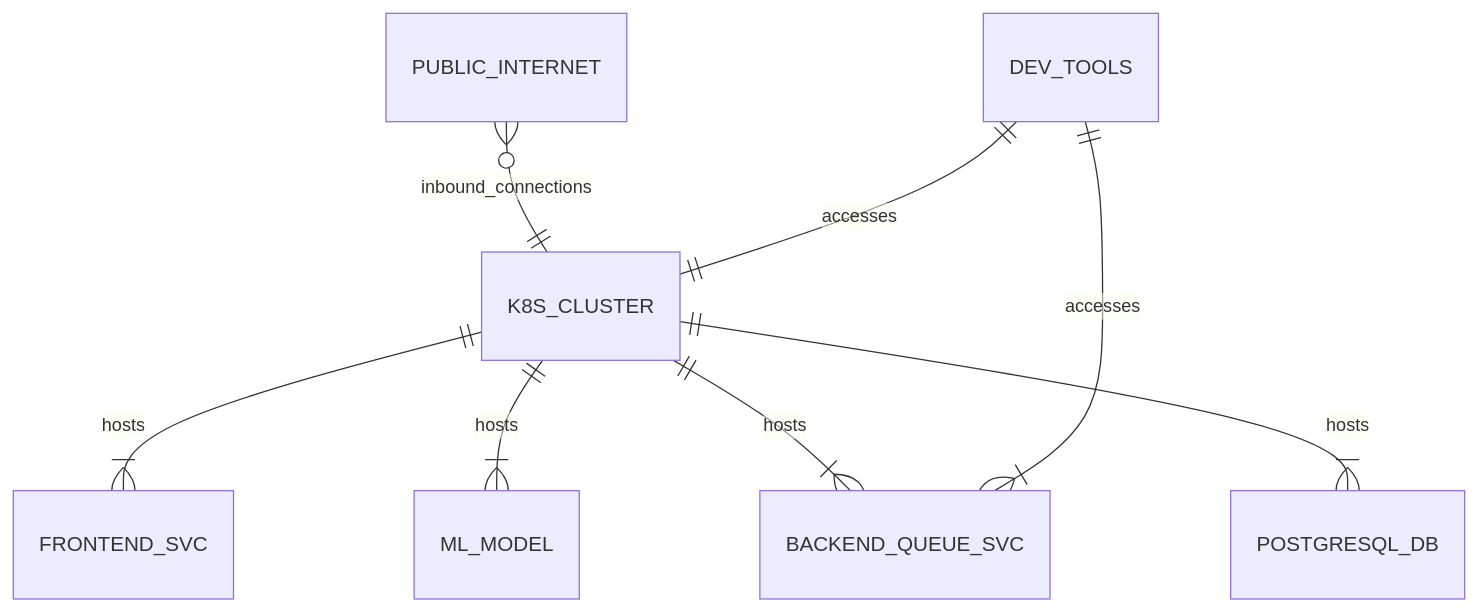
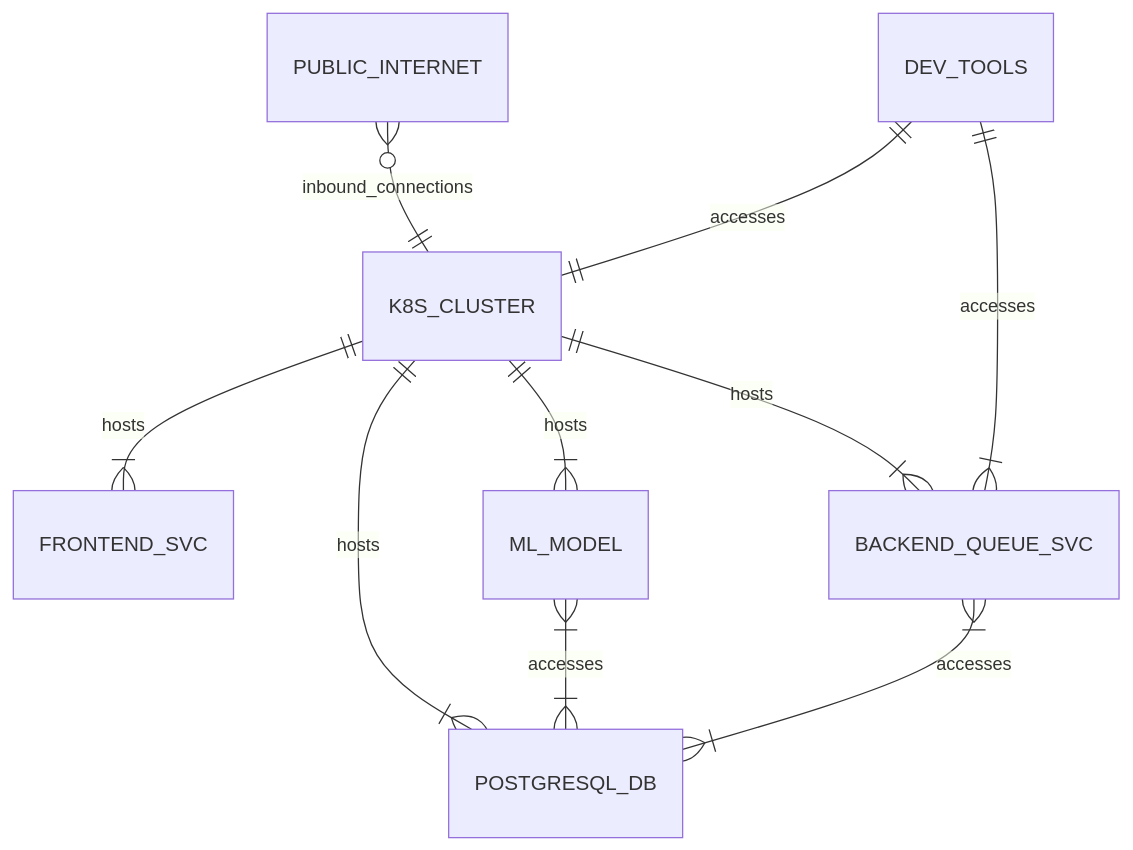
The first of 3 diagrams in architecture.md (mxava/mcbroken-ml), drawn with Mermaid before and after one commit. The commit also changed other lines of this file, not shown here.

````diff
--- a/architecture.md
+++ b/architecture.md
@@ -6,10 +6,12 @@
 ```mermaid
 erDiagram
     PUBLIC_INTERNET }o--|| K8S_CLUSTER : inbound_connections
     K8S_CLUSTER ||--|{ FRONTEND_SVC : hosts
     K8S_CLUSTER ||--|{ ML_MODEL : hosts
     K8S_CLUSTER ||--|{ BACKEND_QUEUE_SVC : hosts
     K8S_CLUSTER ||--|{ POSTGRESQL_DB : hosts
+    ML_MODEL }|--|{ POSTGRESQL_DB : accesses
+    BACKEND_QUEUE_SVC }|--|{ POSTGRESQL_DB : accesses
     DEV_TOOLS ||--|{ BACKEND_QUEUE_SVC : accesses
     DEV_TOOLS ||--|| K8S_CLUSTER : accesses
 ```
````
